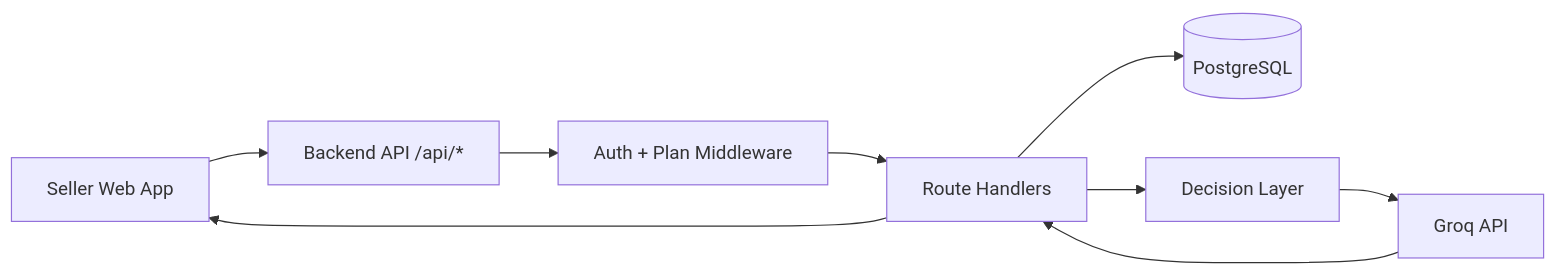
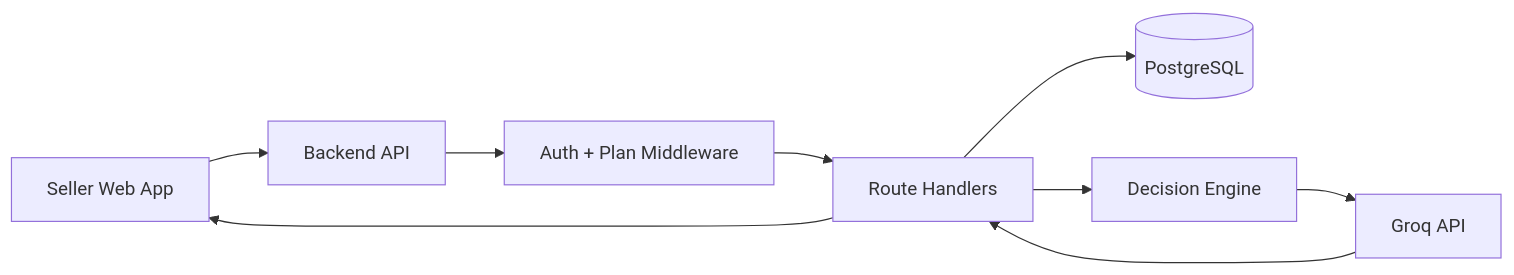
Before and after one commit to ujwal-code10/sellers-inbox-AI: the diagram in README.md, drawn with Mermaid. The commit also changed other lines of this file and 64 other files, not shown here.

````diff
--- a/README.md
+++ b/README.md
@@ -92,11 +188,20 @@
 ```mermaid
 flowchart LR
-  U[Seller Web App] --> A[Backend API /api/*]
-  A --> M[Auth + Plan Middleware]
-  M --> R[Route Handlers]
-  R --> D[(PostgreSQL)]
-  R --> X[Decision Layer]
-  X --> G[Groq API]
-  G --> R
-  R --> U
+
+U[Seller Web App]
+A[Backend API]
+M[Auth + Plan Middleware]
+R[Route Handlers]
+D[(PostgreSQL)]
+X[Decision Engine]
+G[Groq API]
+
+U --> A
+A --> M
+M --> R
+R --> D
+R --> X
+X --> G
+G --> R
+R --> U
 ```
````
